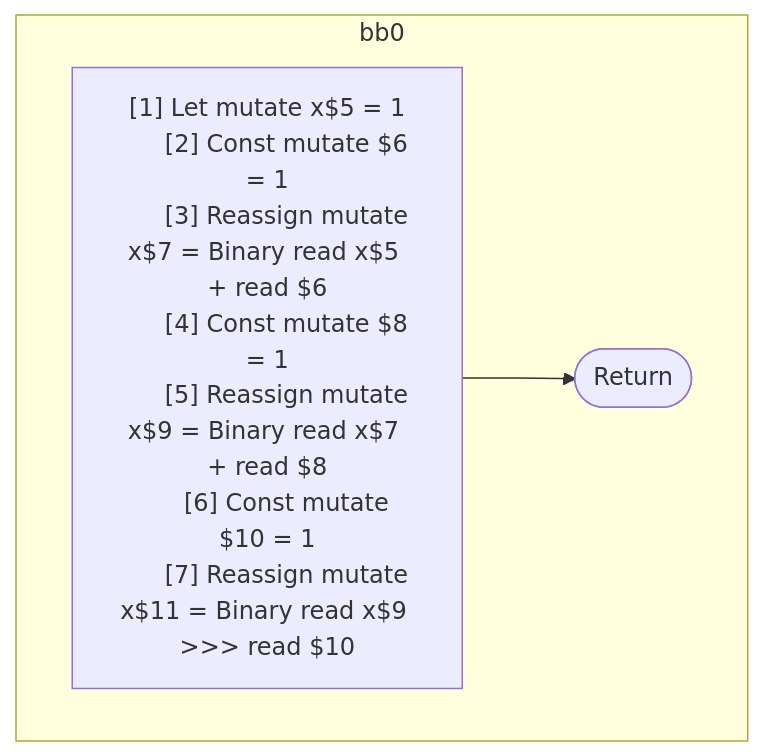
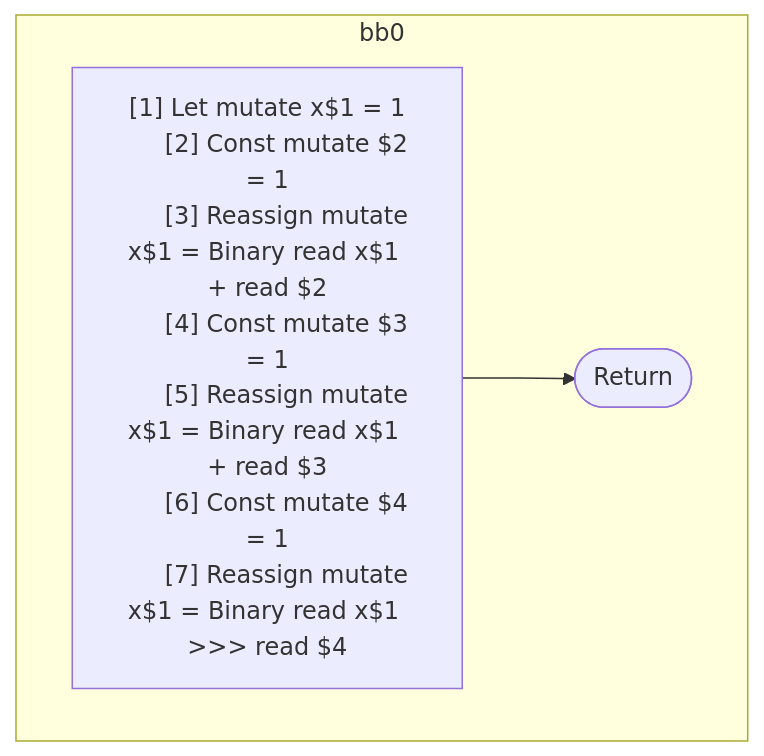
Before and after one commit to wutsmog/private: the first of 2 diagrams in compiler/forget/src/__tests__/fixtures/hir/assignment-variations.expect.md, drawn with Mermaid. The commit also changed other lines of this file and 57 other files, not shown here.

````diff
--- a/compiler/forget/src/__tests__/fixtures/hir/assignment-variations.expect.md
+++ b/compiler/forget/src/__tests__/fixtures/hir/assignment-variations.expect.md
@@ -35,19 +35,19 @@
 ```mermaid
 flowchart TB
   %% Basic Blocks
   subgraph bb0
     bb0_instrs["
-      [1] Let mutate x$5 = 1
-      [2] Const mutate $6 = 1
-      [3] Reassign mutate x$7 = Binary read x$5 + read $6
-      [4] Const mutate $8 = 1
-      [5] Reassign mutate x$9 = Binary read x$7 + read $8
-      [6] Const mutate $10 = 1
-      [7] Reassign mutate x$11 = Binary read x$9 >>> read $10
+      [1] Let mutate x$1 = 1
+      [2] Const mutate $2 = 1
+      [3] Reassign mutate x$1 = Binary read x$1 + read $2
+      [4] Const mutate $3 = 1
+      [5] Reassign mutate x$1 = Binary read x$1 + read $3
+      [6] Const mutate $4 = 1
+      [7] Reassign mutate x$1 = Binary read x$1 >>> read $4
     "]
     bb0_instrs --> bb0_terminal(["Return"])
   end
 
   %% Jumps
   %% empty
 ```
````
